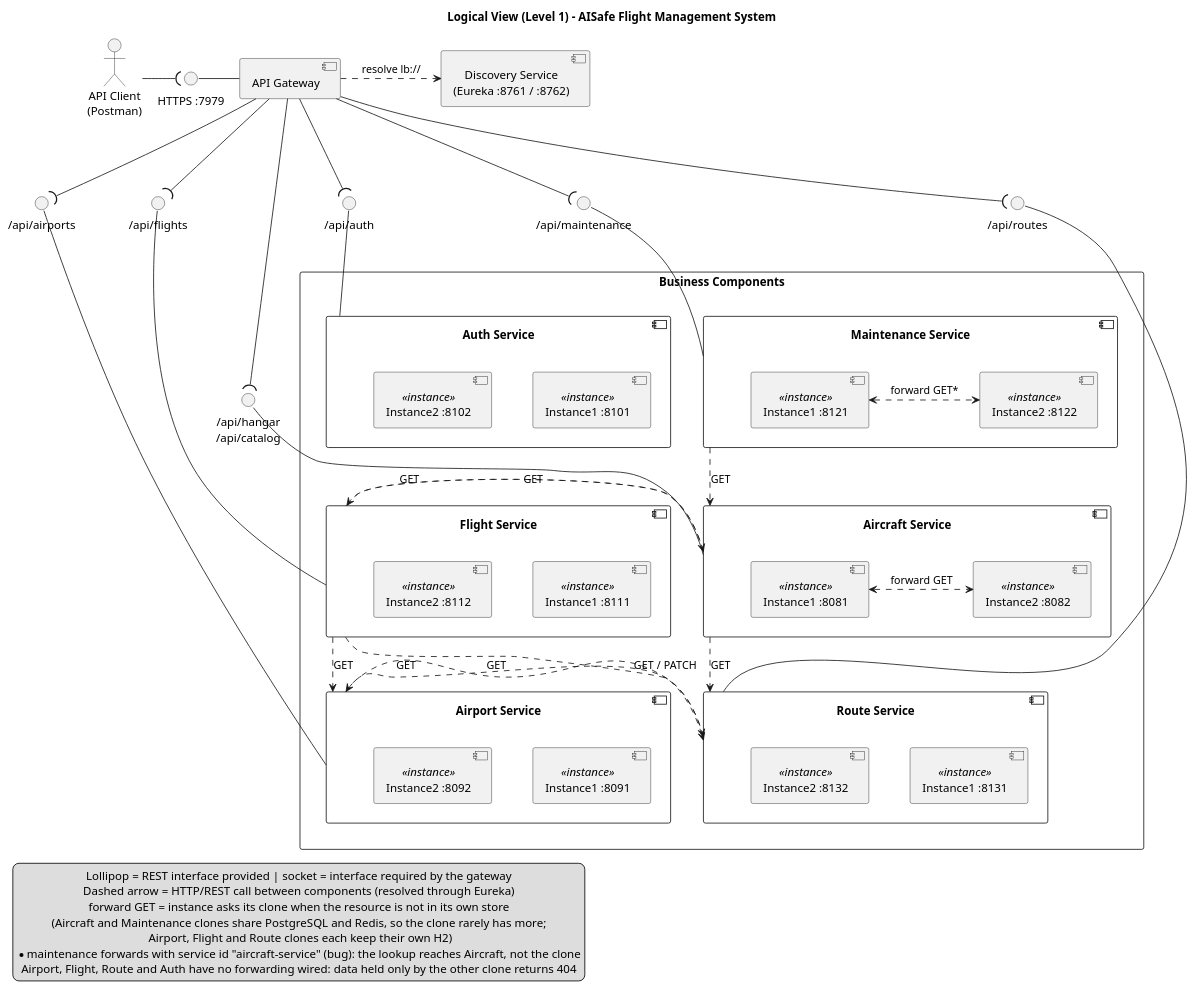
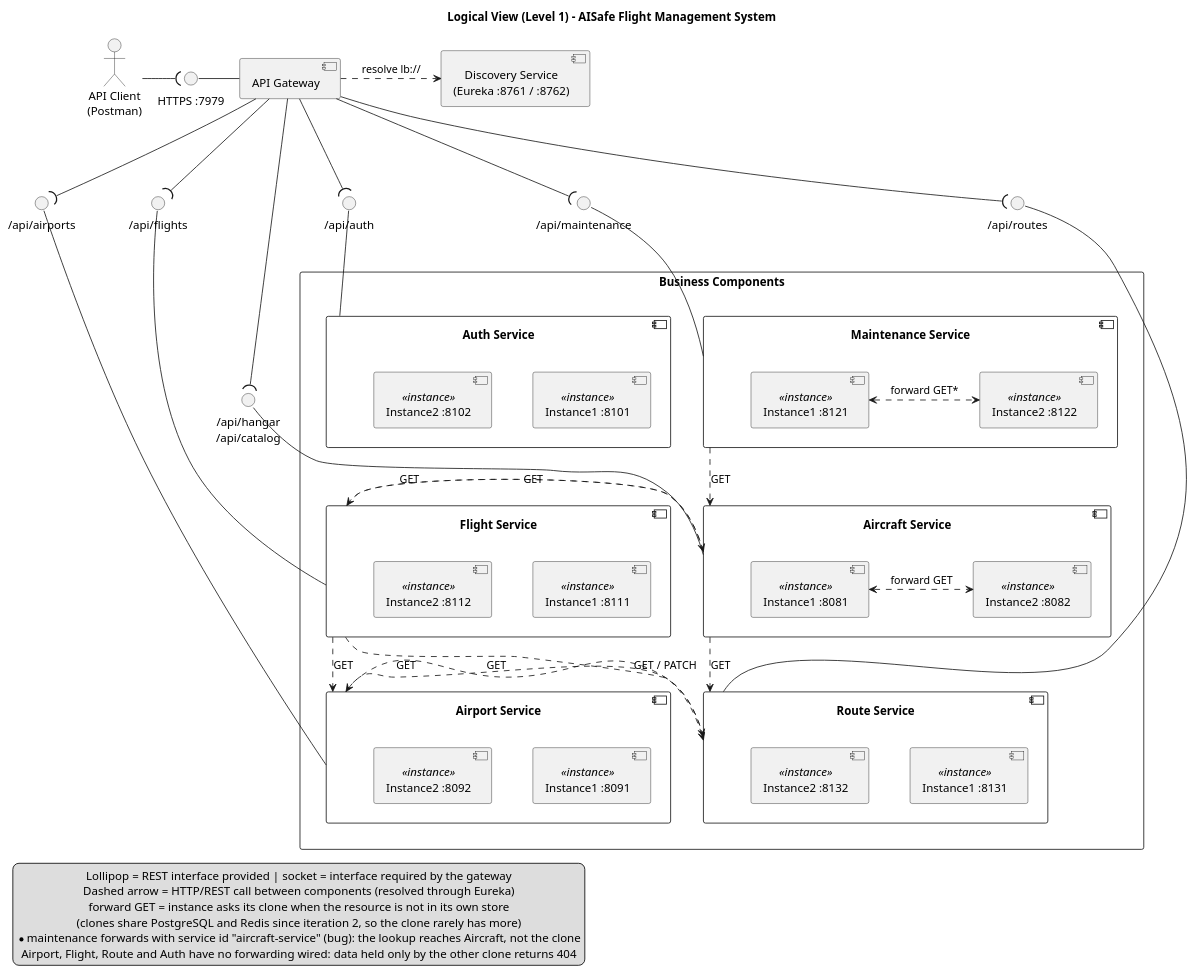
One commit to 8126Lucas/SIDIS_G6_3DA changed the diagram in docs/global-logical-view-level1.puml. Above: the diagram before and after it, drawn with PlantUML. The commit also changed 44 other files, not shown here.

First line of the commit message:
Update CQRS architecture documentation

```diff
--- a/docs/global-logical-view-level1.puml
+++ b/docs/global-logical-view-level1.puml
@@ -1,97 +1,96 @@
 @startuml
 title Logical View (Level 1) - AISafe Flight Management System
 
 top to bottom direction
 skinparam componentStyle uml2
 skinparam packageStyle rectangle
 skinparam nodesep 50
 skinparam ranksep 70
 skinparam defaultTextAlignment center
 
 ' --- ENTRY ---
 actor "API Client\n(Postman)" as Client
 interface "HTTPS :7979" as IF_GW
 
 component "API Gateway" as Gateway
 component "Discovery Service\n(Eureka :8761 / :8762)" as Eureka
 
 Client -( IF_GW
 IF_GW - Gateway
 Gateway .right.> Eureka : resolve lb://
 
 ' --- PROVIDED INTERFACES (lollipops) ---
 interface "/api/auth" as IF_Auth
 interface "/api/hangar\n/api/catalog" as IF_Aircraft
 interface "/api/airports" as IF_Airport
 interface "/api/flights" as IF_Flight
 interface "/api/maintenance" as IF_Maint
 interface "/api/routes" as IF_Route
 
 ' --- COMPONENTS WITH CLONES ---
 package "Business Components" {
     component "Auth Service" as Auth {
         component "Instance1 :8101" as AU1 <<instance>>
         component "Instance2 :8102" as AU2 <<instance>>
     }
     component "Aircraft Service" as Aircraft {
         component "Instance1 :8081" as AC1 <<instance>>
         component "Instance2 :8082" as AC2 <<instance>>
     }
     component "Airport Service" as Airport {
         component "Instance1 :8091" as AP1 <<instance>>
         component "Instance2 :8092" as AP2 <<instance>>
     }
     component "Flight Service" as Flight {
         component "Instance1 :8111" as FL1 <<instance>>
         component "Instance2 :8112" as FL2 <<instance>>
     }
     component "Maintenance Service" as Maint {
         component "Instance1 :8121" as MT1 <<instance>>
         component "Instance2 :8122" as MT2 <<instance>>
     }
     component "Route Service" as Route {
         component "Instance1 :8131" as RT1 <<instance>>
         component "Instance2 :8132" as RT2 <<instance>>
     }
 }
 
 ' --- GATEWAY -> COMPONENTS (socket -> lollipop) ---
 Gateway -down-( IF_Auth
 Gateway -down-( IF_Aircraft
 Gateway -down-( IF_Airport
 Gateway -down-( IF_Flight
 Gateway -down-( IF_Maint
 Gateway -down-( IF_Route
 
 IF_Auth -down- Auth
 IF_Aircraft -down- Aircraft
 IF_Airport -down- Airport
 IF_Flight -down- Flight
 IF_Maint -down- Maint
 IF_Route -down- Route
 
 ' --- INTER-COMPONENT DEPENDENCIES (HTTP/REST via Eureka) ---
 Flight ..> Aircraft : GET
 Flight ..> Airport : GET
 Flight ..> Route : GET / PATCH
 Route ..> Airport : GET
 Airport ..> Route : GET
 Aircraft ..> Flight : GET
 Aircraft ..> Route : GET
 Maint ..> Aircraft : GET
 
 ' --- INTRA-COMPONENT PEER FORWARDING ---
 AC1 <.right.> AC2 : forward GET
 MT1 <.right.> MT2 : forward GET*
 
 legend bottom left
   Lollipop = REST interface provided | socket = interface required by the gateway
   Dashed arrow = HTTP/REST call between components (resolved through Eureka)
   forward GET = instance asks its clone when the resource is not in its own store
-  (Aircraft and Maintenance clones share PostgreSQL and Redis, so the clone rarely has more;
-   Airport, Flight and Route clones each keep their own H2)
+  (clones share PostgreSQL and Redis since iteration 2, so the clone rarely has more)
   * maintenance forwards with service id "aircraft-service" (bug): the lookup reaches Aircraft, not the clone
   Airport, Flight, Route and Auth have no forwarding wired: data held only by the other clone returns 404
 endlegend
 
 @enduml
```
